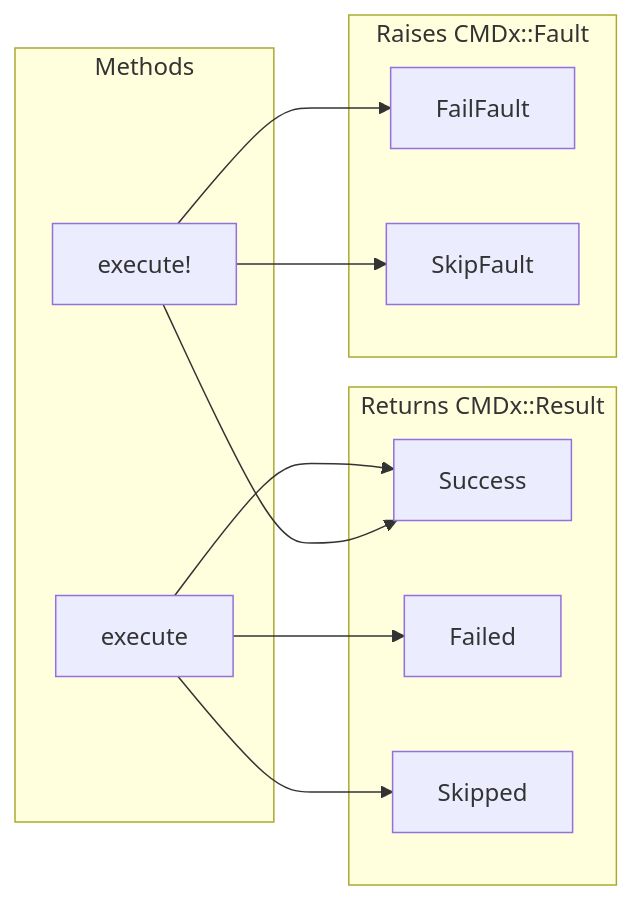
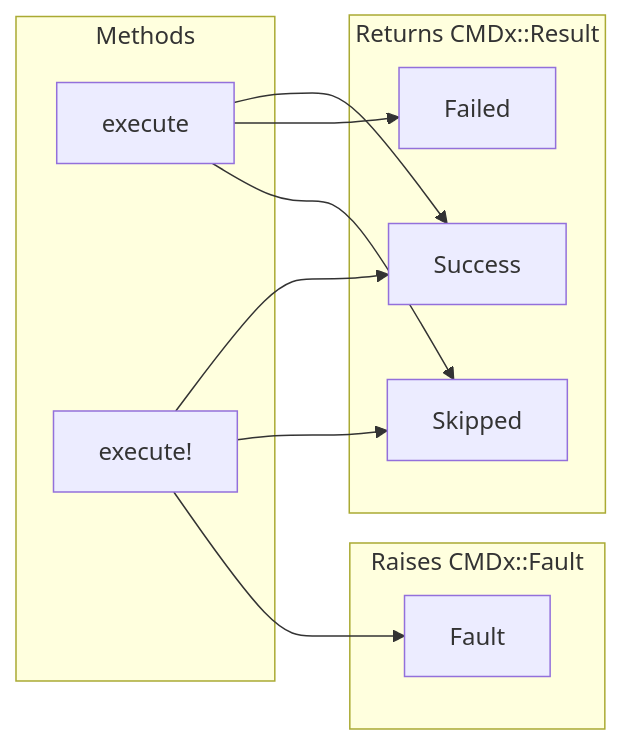
One commit to drexed/cmdx changed the diagram in docs/basics/execution.md. Above: the diagram before and after it, drawn with Mermaid. The commit also changed other lines of this file and 446 other files, not shown here.

````diff
--- a/docs/basics/execution.md
+++ b/docs/basics/execution.md
@@ -14,26 +24,25 @@
 ```mermaid
 flowchart LR
     subgraph Methods
         E[execute]
         EB[execute!]
     end
 
     subgraph Returns [Returns CMDx::Result]
         Success
         Failed
         Skipped
     end
 
     subgraph Raises [Raises CMDx::Fault]
-        FailFault
-        SkipFault
+        Fault
     end
 
     E --> Success
     E --> Failed
     E --> Skipped
 
     EB --> Success
-    EB --> FailFault
-    EB --> SkipFault
+    EB --> Skipped
+    EB --> Fault
 ```
````
